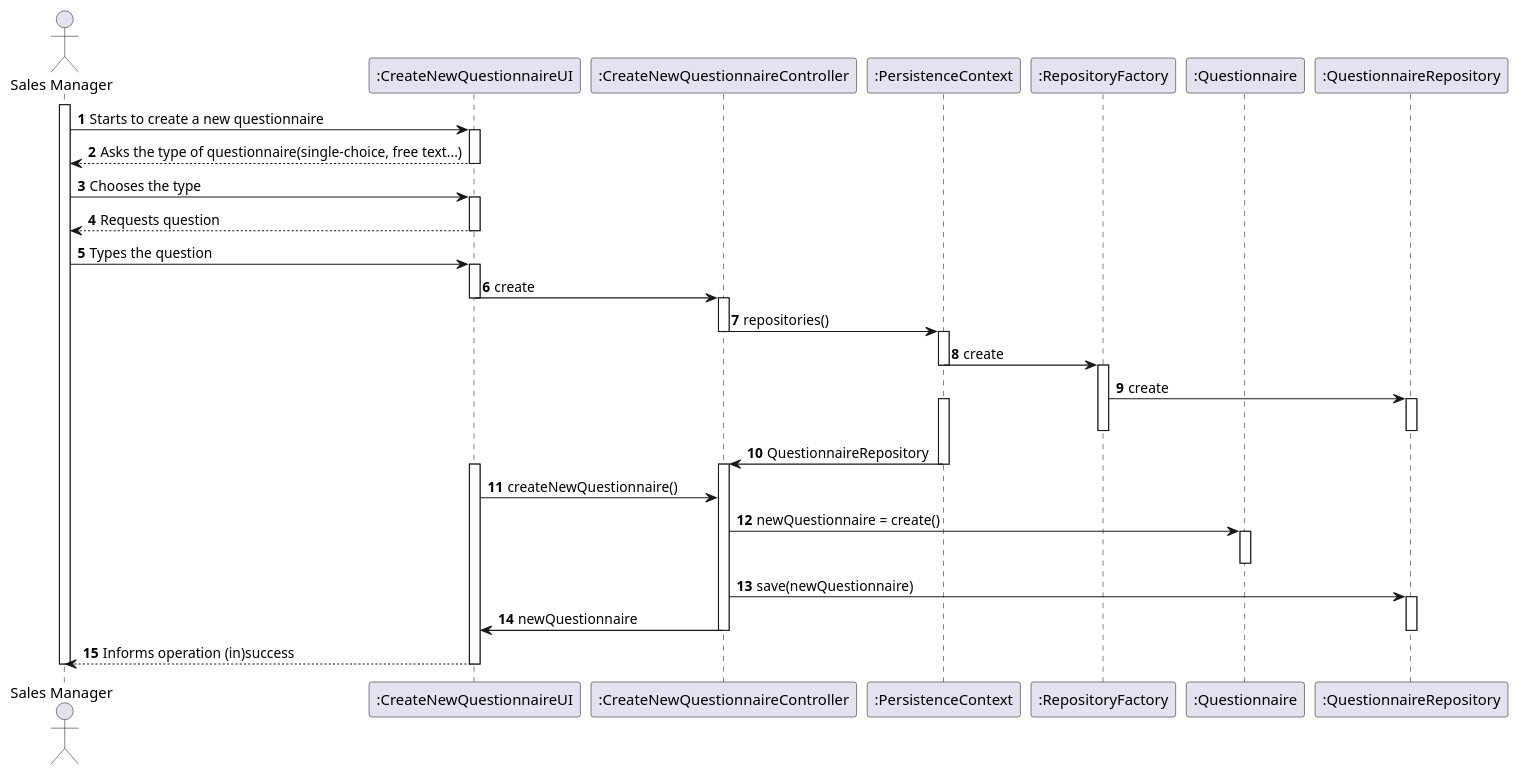
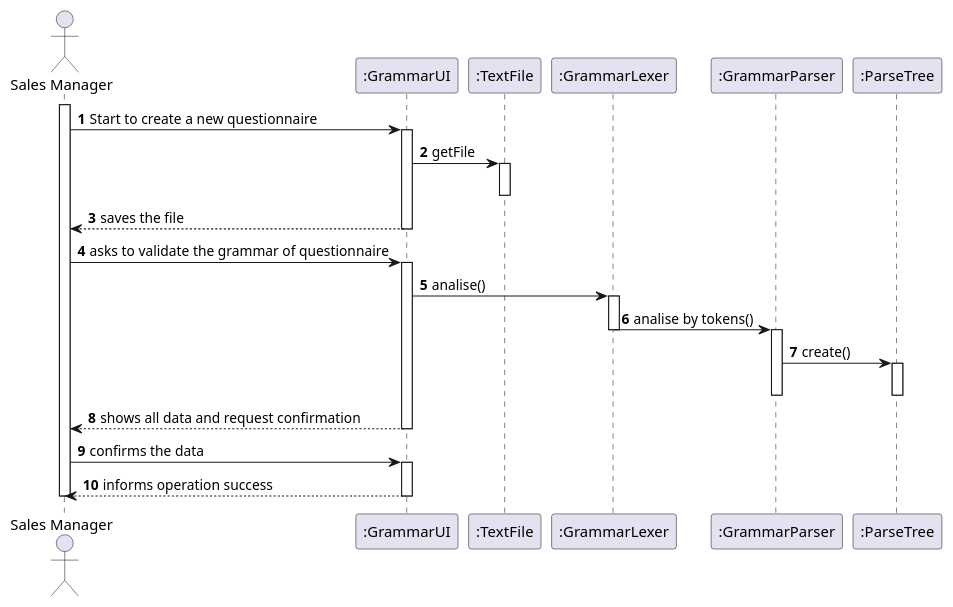
The diagram in docs/Sprint3/US3001/US3001_SD.puml (marttuga/LAPR4-SmartSystems), drawn with PlantUML before and after one commit. The commit also changed 3 other files, not shown here.

```diff
--- a/docs/Sprint3/US3001/US3001_SD.puml
+++ b/docs/Sprint3/US3001/US3001_SD.puml
@@ -1,76 +1,53 @@
 @startuml
 autonumber
 actor "Sales Manager" as SM
-participant ":CreateNewQuestionnaireUI" as UI
-participant ":CreateNewQuestionnaireController" as CTRL
-participant ":PersistenceContext" as PC
-participant ":RepositoryFactory" as RF
-participant ":Questionnaire" as Quest
-participant ":QuestionnaireRepository" as QuestRep
+participant ":GrammarUI" as UI
+participant ":TextFile" as TF
+participant ":GrammarLexer" as GL
+participant ":GrammarParser" as GP
+participant ":ParseTree" as PS
 
 
 activate SM
 
-SM -> UI : Starts to create a new questionnaire
+SM -> UI : Start to create a new questionnaire
 activate UI
 
-UI --> SM : Asks the type of questionnaire(single-choice, free text...)
+UI -> TF : getFile
+activate TF
+
+deactivate TF
+
+UI --> SM : saves the file
 deactivate UI
 
-SM -> UI : Chooses the type
+SM -> UI : asks to validate the grammar of questionnaire
 activate UI
 
-UI --> SM : Requests question
+UI -> GL : analise()
+deactivate TF
+
+activate GL
+GL -> GP : analise by tokens()
+deactivate GL
+activate GP
+GP -> PS : create()
+activate PS
+deactivate GP
+
+deactivate PS
+UI --> SM : shows all data and request confirmation
 deactivate UI
 
-SM -> UI : Types the question
-activate UI
-
-UI -> CTRL : create
-deactivate UI
-activate CTRL
 
 
-CTRL -> PC : repositories()
-deactivate CTRL
-activate PC
-PC -> RF : create
-deactivate PC
-activate RF
-
-RF -> QuestRep : create
-activate QuestRep
-deactivate RF
-
-
-deactivate QuestRep
-
-activate PC
-PC -> CTRL : QuestionnaireRepository
-deactivate PC
-activate CTRL
-deactivate CTRL
+SM -> UI : confirms the data
 
 activate UI
-UI -> CTRL : createNewQuestionnaire()
-
-CTRL -> Quest : newQuestionnaire = create()
-activate Quest
-deactivate Quest
-
-
-CTRL -> QuestRep : save(newQuestionnaire)
-activate QuestRep
-
-CTRL -> UI : newQuestionnaire
-
-deactivate CTRL
-
-deactivate QuestRep
-UI --> SM : Informs operation (in)success
+UI --> SM : informs operation success
 deactivate UI
 
+deactivate UI
 deactivate SM
 
-
 @enduml
```
